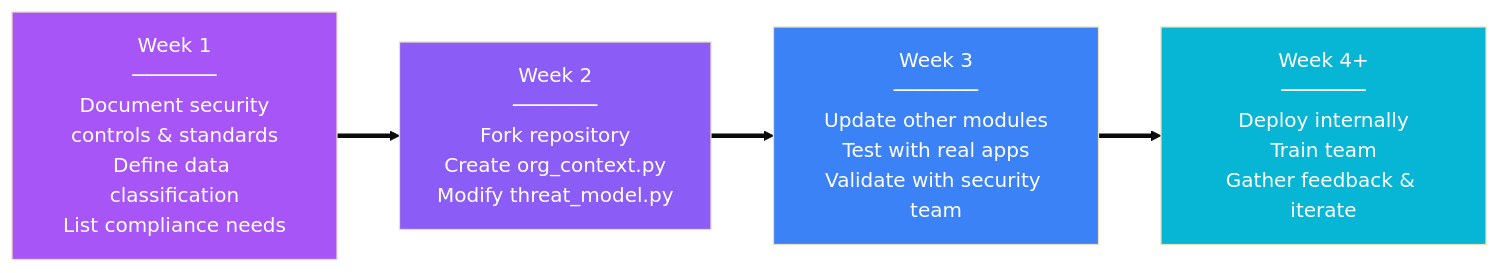
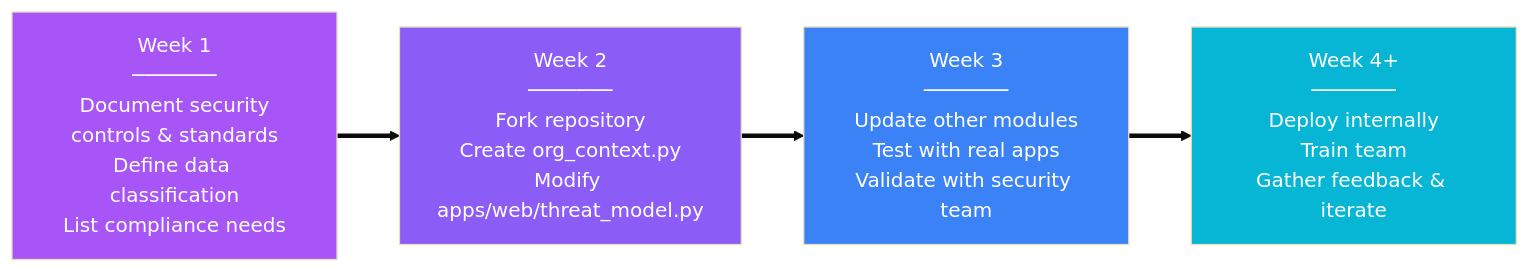
Before and after one commit to mrwadams/stride-gpt: the fifth of 8 diagrams in docs/operationalization-guide.md, drawn with Mermaid (base theme). The commit also changed other lines of this file and 16 other files, not shown here.

````diff
--- a/docs/operationalization-guide.md
+++ b/docs/operationalization-guide.md
@@ -118,14 +271,14 @@
 ```mermaid
 graph LR
     W1[Week 1<br/>───────<br/>Document security<br/>controls & standards<br/>Define data classification<br/>List compliance needs]
-    W2[Week 2<br/>───────<br/>Fork repository<br/>Create org_context.py<br/>Modify threat_model.py]
+    W2[Week 2<br/>───────<br/>Fork repository<br/>Create org_context.py<br/>Modify apps/web/threat_model.py]
     W3[Week 3<br/>───────<br/>Update other modules<br/>Test with real apps<br/>Validate with security team]
     W4[Week 4+<br/>───────<br/>Deploy internally<br/>Train team<br/>Gather feedback & iterate]
 
     W1 ==> W2 ==> W3 ==> W4
 
     style W1 fill:#A855F7,color:#fff
     style W2 fill:#8B5CF6,color:#fff
     style W3 fill:#3B82F6,color:#fff
     style W4 fill:#06B6D4,color:#fff
 ```
````
